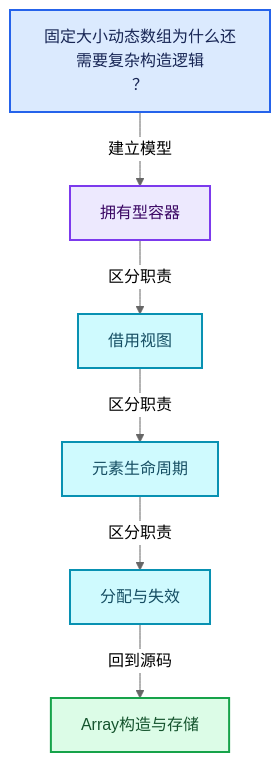
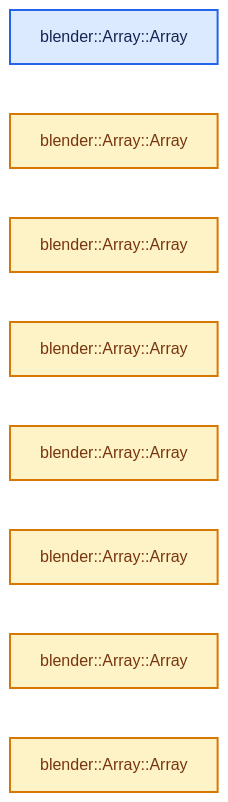
One commit to yunkezengren/blender-.vscode changed the second of 4 diagrams in 杂/markdown/全面学习-codex/01-基础容器与现代CPP/07-Array构造与存储.md. Above: the diagram before and after it, drawn with Mermaid (neutral theme). The commit also changed other lines of this file and 1930 other files, not shown here.

````diff
--- a/杂/markdown/全面学习-codex/01-基础容器与现代CPP/07-Array构造与存储.md
+++ b/杂/markdown/全面学习-codex/01-基础容器与现代CPP/07-Array构造与存储.md
@@ -60,20 +46,17 @@
 ```mermaid
-flowchart TB
-  Q["固定大小动态数组为什么还需要复杂构造逻辑<br/>？"]:::input
-  C0["拥有型容器"]:::abstraction
-  C1["借用视图"]:::data
-  C2["元素生命周期"]:::data
-  C3["分配与失效"]:::data
-  R["Array构造与存储"]:::result
-  Q -->|"建立模型"| C0
-  C0 -->|"区分职责"| C1
-  C1 -->|"区分职责"| C2
-  C2 -->|"区分职责"| C3
-  C3 -->|"回到源码"| R
+flowchart LR
+  F0["blender::Array::Array"]:::input
+  F1["blender::Array::Array"]:::compute
+  F2["blender::Array::Array"]:::compute
+  F3["blender::Array::Array"]:::compute
+  F4["blender::Array::Array"]:::compute
+  F5["blender::Array::Array"]:::compute
+  F6["blender::Array::Array"]:::compute
+  F7["blender::Array::Array"]:::compute
   classDef input fill:#DBEAFE,stroke:#2563EB,color:#172554,stroke-width:2px;
   classDef data fill:#CFFAFE,stroke:#0891B2,color:#164E63,stroke-width:2px;
   classDef abstraction fill:#EDE9FE,stroke:#7C3AED,color:#3B0764,stroke-width:2px;
   classDef compute fill:#FEF3C7,stroke:#D97706,color:#78350F,stroke-width:2px;
   classDef result fill:#DCFCE7,stroke:#16A34A,color:#14532D,stroke-width:2px;
   classDef error fill:#FEE2E2,stroke:#DC2626,color:#7F1D1D,stroke-width:2px;
 ```
````
